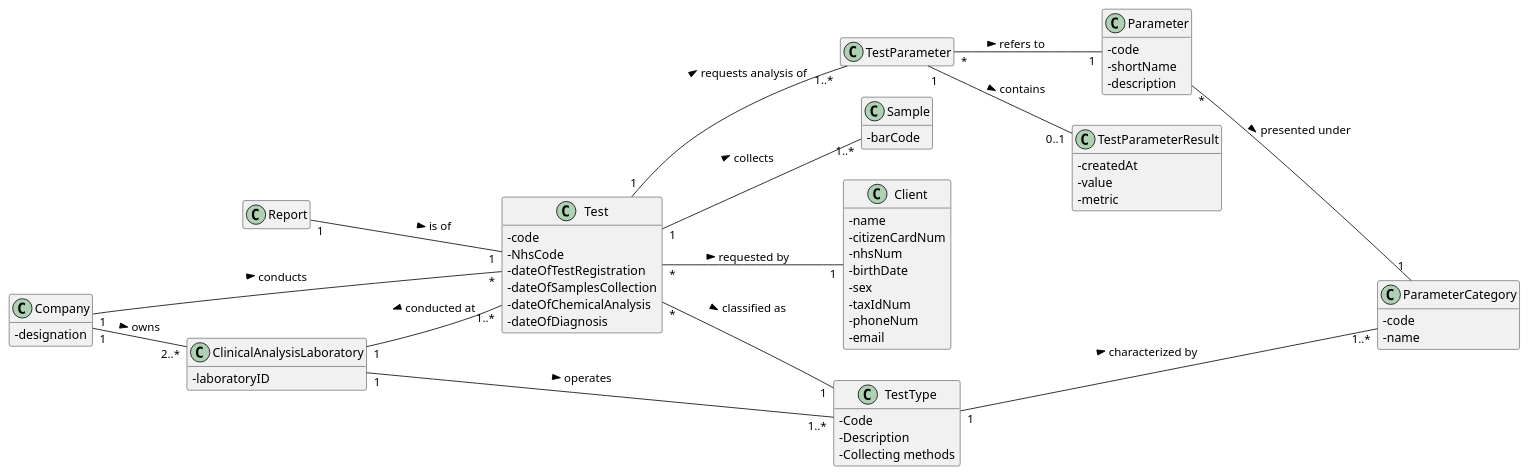
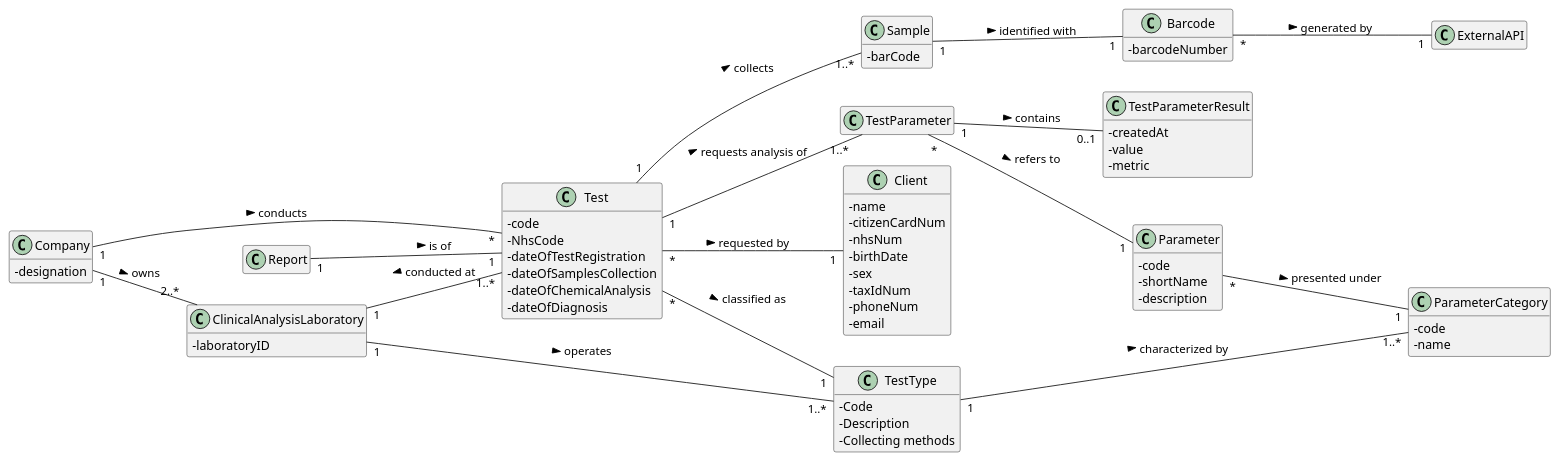
The diagram in docs/SprintD/US_17/US17_DM.puml (ana-albergaria/LAPR2-ISEP), drawn with PlantUML before and after one commit. The commit also changed 11 other files, not shown here.

```diff
--- a/docs/SprintD/US_17/US17_DM.puml
+++ b/docs/SprintD/US_17/US17_DM.puml
@@ -1,78 +1,83 @@
 @startuml
 
 left to right direction
 skinparam classAttributeIconSize 0
 hide empty methods
 hide empty attributes
 /'skinparam linetype ortho'/
 
 class Test{
 - code
 - NhsCode
 - dateOfTestRegistration
 - dateOfSamplesCollection
 - dateOfChemicalAnalysis
 - dateOfDiagnosis
 }
 
 class Company {
 -designation
 }
 
 class ParameterCategory{
   -code
   -name
 }
 
 
 class Sample{
 - barCode
 }
 
 class Client{
 - name
 - citizenCardNum
 - nhsNum
 - birthDate
 - sex
 - taxIdNum
 - phoneNum
 - email
 }
 class TestParameter{}
 class TestParameterResult{
 - createdAt
 - value
 - metric
 }
 class TestType{
 - Code
 - Description
 - Collecting methods
 }
 
 class Parameter{
 - code
 - shortName
 - description
 }
 
+class Barcode {
+- barcodeNumber
+}
+
 class ClinicalAnalysisLaboratory{
 - laboratoryID
 }
 
 Test "*" -- "1" TestType : classified as >
 Report "1" -- "1" Test : is of >
 Test "*" -- "1" Client : requested by >
 Parameter "*" -- "1" ParameterCategory: presented under >
 TestType "1" -- "1..*" ParameterCategory : characterized by >
 Test "1" -- "1..*" Sample : collects >
 Test "1" -- "1..*" TestParameter : requests analysis of >
 TestParameter "*" -- "1" Parameter : refers to >
 TestParameter "1" -- "0..1" TestParameterResult : contains >
 ClinicalAnalysisLaboratory "1" -- "1..*" TestType : operates >
 ClinicalAnalysisLaboratory "1" -- "1..*" Test : conducted at <
 Company "1" --- "*" Test : conducts >
 Company "1" -- "2..*" ClinicalAnalysisLaboratory : owns >
-
+Sample "1" -- "1" Barcode : identified with >
+Barcode "*" -- "1" ExternalAPI : generated by >
 @enduml
```
